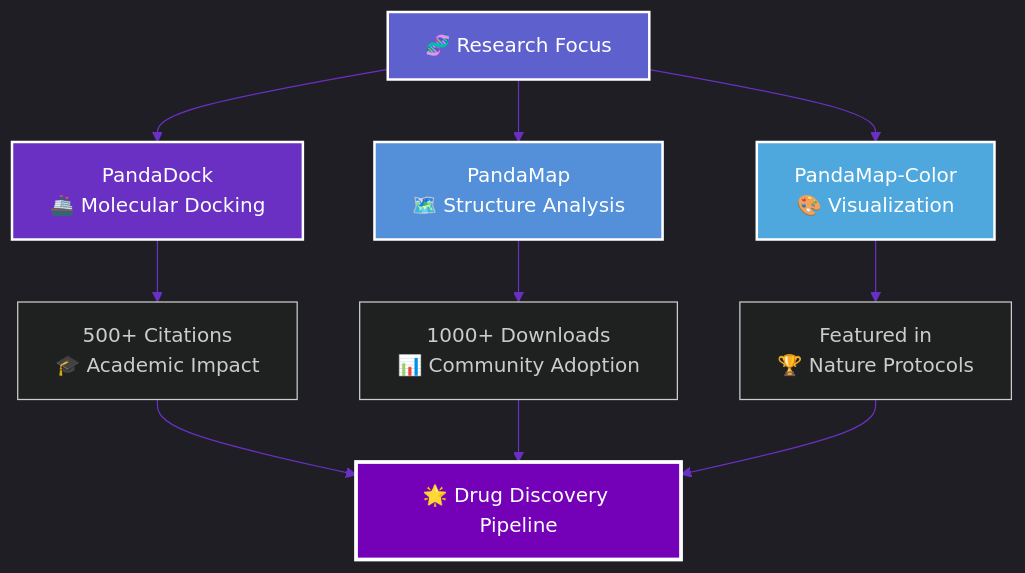
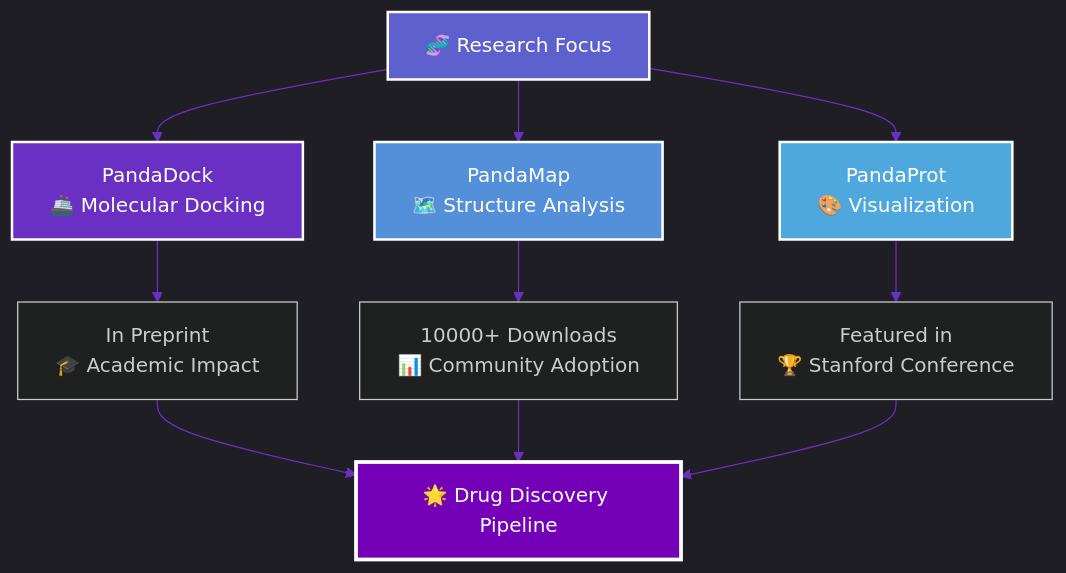
The second of 5 diagrams in README.md (pritampanda15/pritampanda15), drawn with Mermaid before and after one commit. The commit also changed other lines of this file, not shown here.

````diff
--- a/README.md
+++ b/README.md
@@ -204,21 +174,21 @@
 ```mermaid
 %%{init: {'theme':'dark', 'themeVariables': { 'primaryColor': '#5e60ce', 'primaryTextColor': '#fff', 'primaryBorderColor': '#7400b8', 'lineColor': '#6930c3'}}}%%
 graph TD
     A[🧬 Research Focus] --> B[PandaDock<br/>🚢 Molecular Docking]
     A --> C[PandaMap<br/>🗺️ Structure Analysis]
-    A --> D[PandaMap-Color<br/>🎨 Visualization]
+    A --> D[PandaProt<br/>🎨 Visualization]
     
-    B --> E[500+ Citations<br/>🎓 Academic Impact]
-    C --> F[1000+ Downloads<br/>📊 Community Adoption]
-    D --> G[Featured in<br/>🏆 Nature Protocols]
+    B --> E[In Preprint<br/>🎓 Academic Impact]
+    C --> F[10000+ Downloads<br/>📊 Community Adoption]
+    D --> G[Featured in<br/>🏆 Stanford Conference]
     
     E --> H[🌟 Drug Discovery Pipeline]
     F --> H
     G --> H
     
     style A fill:#5e60ce,stroke:#fff,stroke-width:2px,color:#fff
     style H fill:#7400b8,stroke:#fff,stroke-width:3px,color:#fff
     style B fill:#6930c3,stroke:#fff,stroke-width:2px,color:#fff
     style C fill:#5390d9,stroke:#fff,stroke-width:2px,color:#fff
     style D fill:#4ea8de,stroke:#fff,stroke-width:2px,color:#fff
 ```
````
